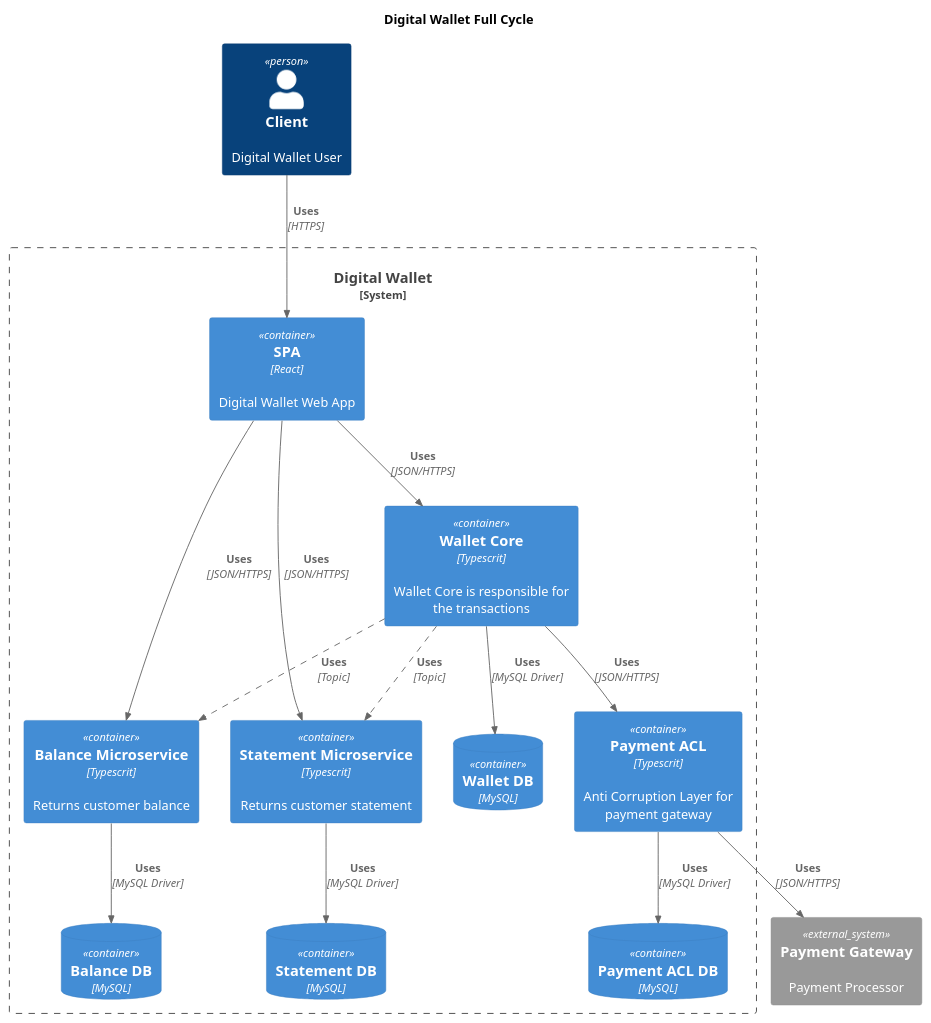
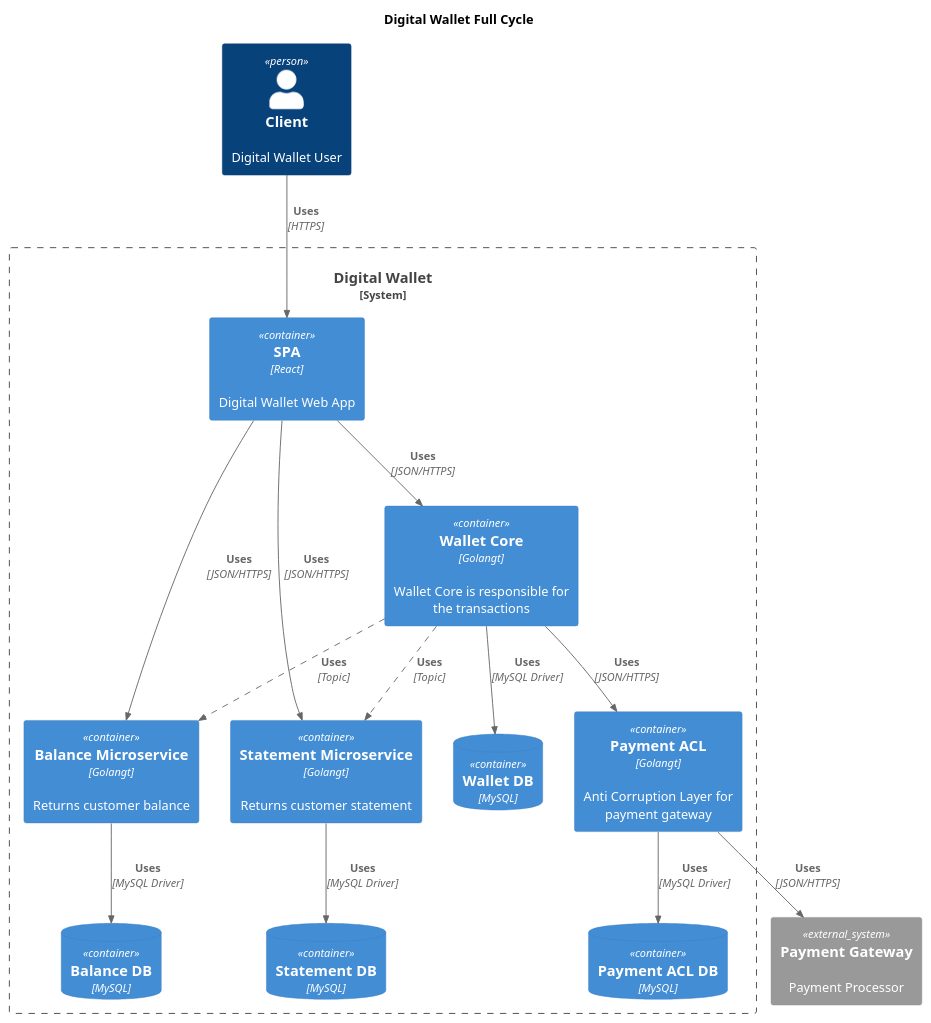
One commit to DerivedPuma7/fullcycle-eda-desafio changed the diagram in wallet_core/containers.puml. Above: the diagram before and after it, drawn with PlantUML. The commit also changed 1 other file, not shown here.

```diff
--- a/wallet_core/containers.puml
+++ b/wallet_core/containers.puml
@@ -1,41 +1,41 @@
 @startuml Diagram
 !include https://raw.githubusercontent.com/plantuml-stdlib/C4-PlantUML/master/C4_Container.puml
 AddRelTag("async", $lineStyle = DashedLine())
 
 title "Digital Wallet Full Cycle"
 
 Person(client, "Client", "Digital Wallet User")
 System_Ext(payment_gateway, "Payment Gateway", "Payment Processor")
 
 System_Boundary(digital_wallet, "Digital Wallet") {
   Container(spa, "SPA", "React", "Digital Wallet Web App")
-  Container(wallet_core, "Wallet Core", "Typescrit", "Wallet Core is responsible for the transactions")
-  Container(balance_service, "Balance Microservice", "Typescrit", "Returns customer balance")
-  Container(statement_service, "Statement Microservice", "Typescrit", "Returns customer statement")
-  Container(payment_acl, "Payment ACL", "Typescrit", "Anti Corruption Layer for payment gateway")
+  Container(wallet_core, "Wallet Core", "Golangt", "Wallet Core is responsible for the transactions")
+  Container(balance_service, "Balance Microservice", "Golangt", "Returns customer balance")
+  Container(statement_service, "Statement Microservice", "Golangt", "Returns customer statement")
+  Container(payment_acl, "Payment ACL", "Golangt", "Anti Corruption Layer for payment gateway")
 
   ContainerDb(wallet_core_db, "Wallet DB", "MySQL")
   Rel(wallet_core, wallet_core_db, "Uses", "MySQL Driver")
 
   ContainerDb(balance_db, "Balance DB", "MySQL")
   Rel(balance_service, balance_db, "Uses", "MySQL Driver")
 
   ContainerDb(statement_db, "Statement DB", "MySQL")
   Rel(statement_service, statement_db, "Uses", "MySQL Driver")
 
   ContainerDb(payment_acl_db, "Payment ACL DB", "MySQL")
   Rel(payment_acl, payment_acl_db, "Uses", "MySQL Driver")
 
   Rel(client, spa, "Uses", "HTTPS")
   Rel(spa, wallet_core, "Uses", "JSON/HTTPS")
   Rel(spa, balance_service, "Uses", "JSON/HTTPS")
   Rel(spa, statement_service, "Uses", "JSON/HTTPS")
 
   Rel(wallet_core, payment_acl, "Uses", "JSON/HTTPS")
   Rel(payment_acl, payment_gateway, "Uses", "JSON/HTTPS")
 
   Rel(wallet_core, balance_service, "Uses", "Topic", $tags = "async")
   Rel(wallet_core, statement_service, "Uses", "Topic", $tags = "async")
 }
 
 @enduml
```
